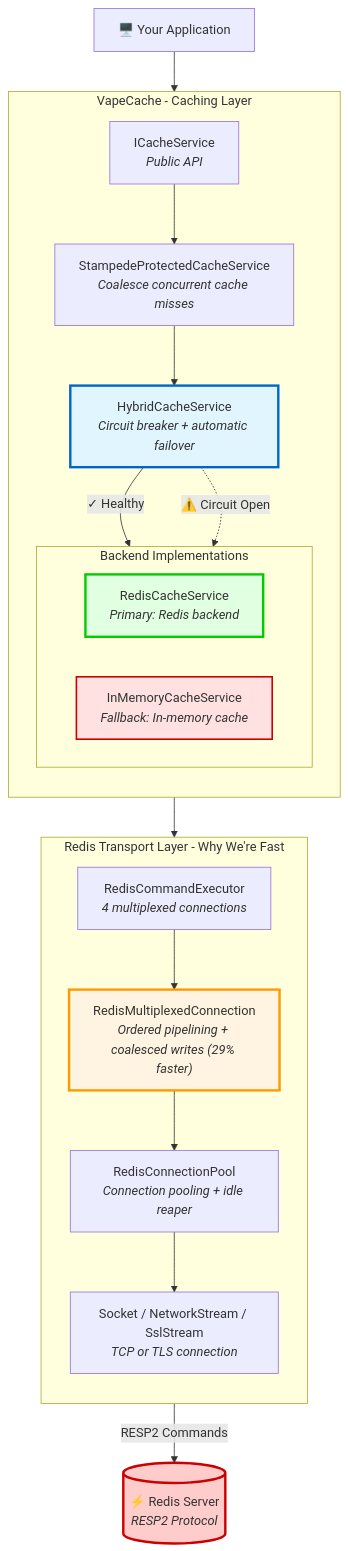
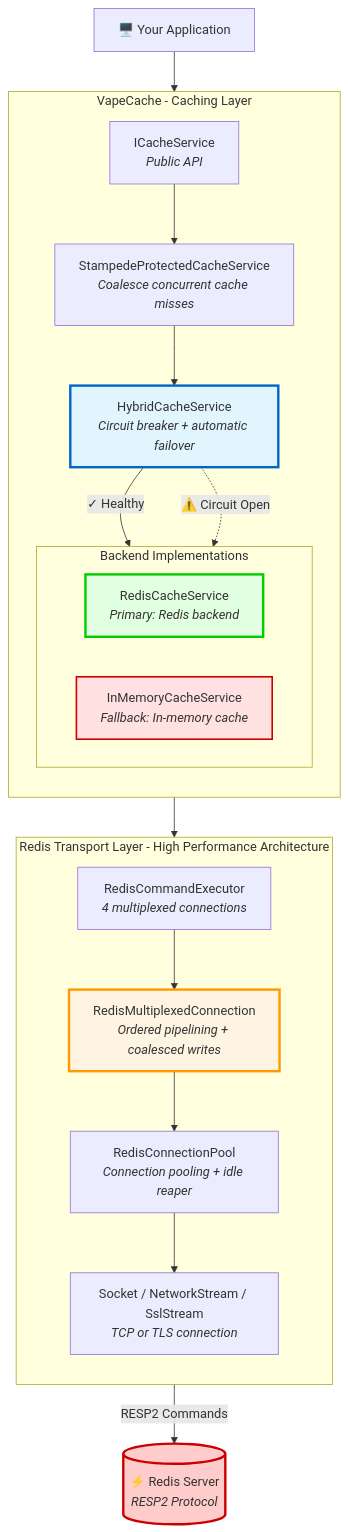
One commit to haxxornulled/VapeCache changed the second of 2 diagrams in README.md. Above: the diagram before and after it, drawn with Mermaid. The commit also changed other lines of this file and 67 other files, not shown here.

````diff
--- a/README.md
+++ b/README.md
@@ -343,44 +415,44 @@
 ```mermaid
 flowchart TB
     App["🖥️ Your Application"]
 
     subgraph VapeCache["VapeCache - Caching Layer"]
         direction TB
         API["ICacheService<br/><i>Public API</i>"]
         Stampede["StampedeProtectedCacheService<br/><i>Coalesce concurrent cache misses</i>"]
         Hybrid["HybridCacheService<br/><i>Circuit breaker + automatic failover</i>"]
 
         subgraph Backends["Backend Implementations"]
             direction LR
             RedisBackend["RedisCacheService<br/><i>Primary: Redis backend</i>"]
             MemoryBackend["InMemoryCacheService<br/><i>Fallback: In-memory cache</i>"]
         end
     end
 
-    subgraph RedisTransport["Redis Transport Layer - Why We're Fast"]
+    subgraph RedisTransport["Redis Transport Layer - High Performance Architecture"]
         direction TB
         Executor["RedisCommandExecutor<br/><i>4 multiplexed connections</i>"]
-        Multiplexer["RedisMultiplexedConnection<br/><i>Ordered pipelining + coalesced writes (29% faster)</i>"]
+        Multiplexer["RedisMultiplexedConnection<br/><i>Ordered pipelining + coalesced writes</i>"]
         ConnectionPool["RedisConnectionPool<br/><i>Connection pooling + idle reaper</i>"]
         Network["Socket / NetworkStream / SslStream<br/><i>TCP or TLS connection</i>"]
     end
 
     RedisInstance[("⚡ Redis Server<br/><i>RESP2 Protocol</i>")]
 
     App --> API
     API --> Stampede
     Stampede --> Hybrid
     Hybrid -->|"✓ Healthy"| RedisBackend
     Hybrid -.->|"⚠️ Circuit Open"| MemoryBackend
     RedisBackend --> Executor
     Executor --> Multiplexer
     Multiplexer --> ConnectionPool
     ConnectionPool --> Network
     Network -->|"RESP2 Commands"| RedisInstance
 
     style Hybrid fill:#e1f5ff,stroke:#0066cc,stroke-width:3px
     style MemoryBackend fill:#ffe1e1,stroke:#cc0000,stroke-width:2px
     style RedisBackend fill:#e1ffe1,stroke:#00cc00,stroke-width:3px
     style Multiplexer fill:#fff4e1,stroke:#ff9900,stroke-width:3px
     style RedisInstance fill:#ffcccc,stroke:#cc0000,stroke-width:3px
 ```
````
